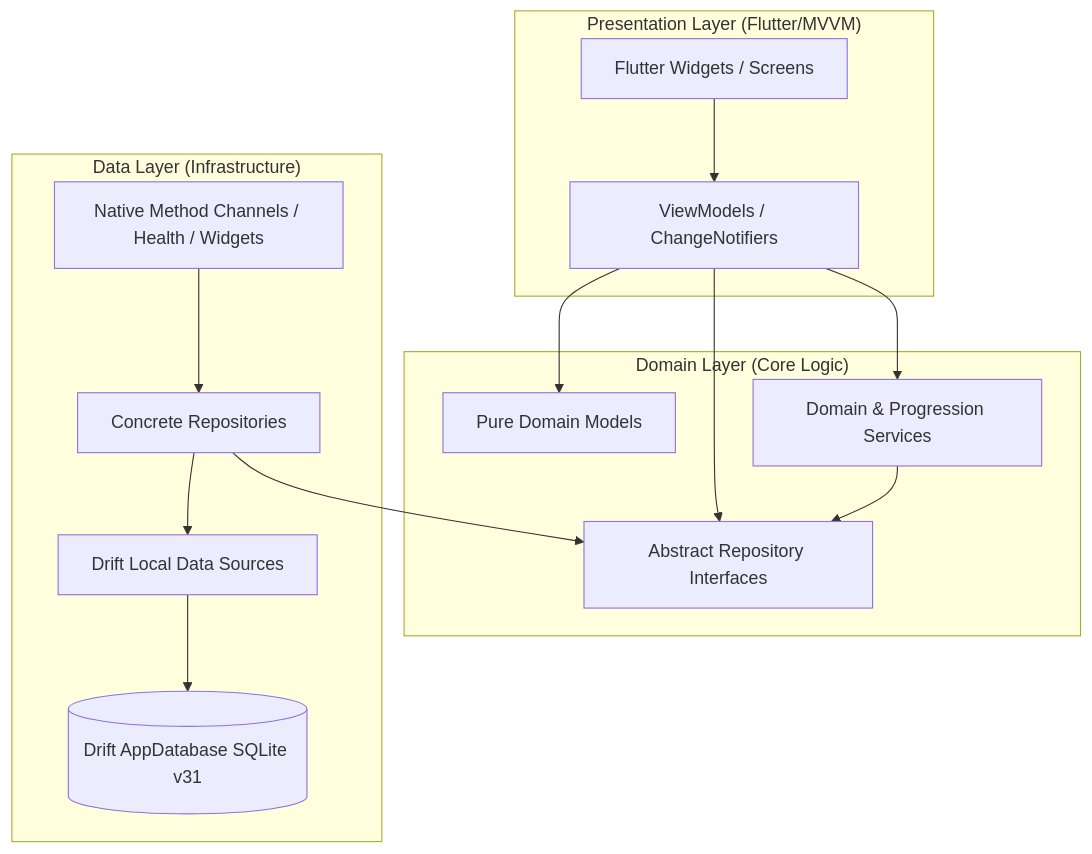
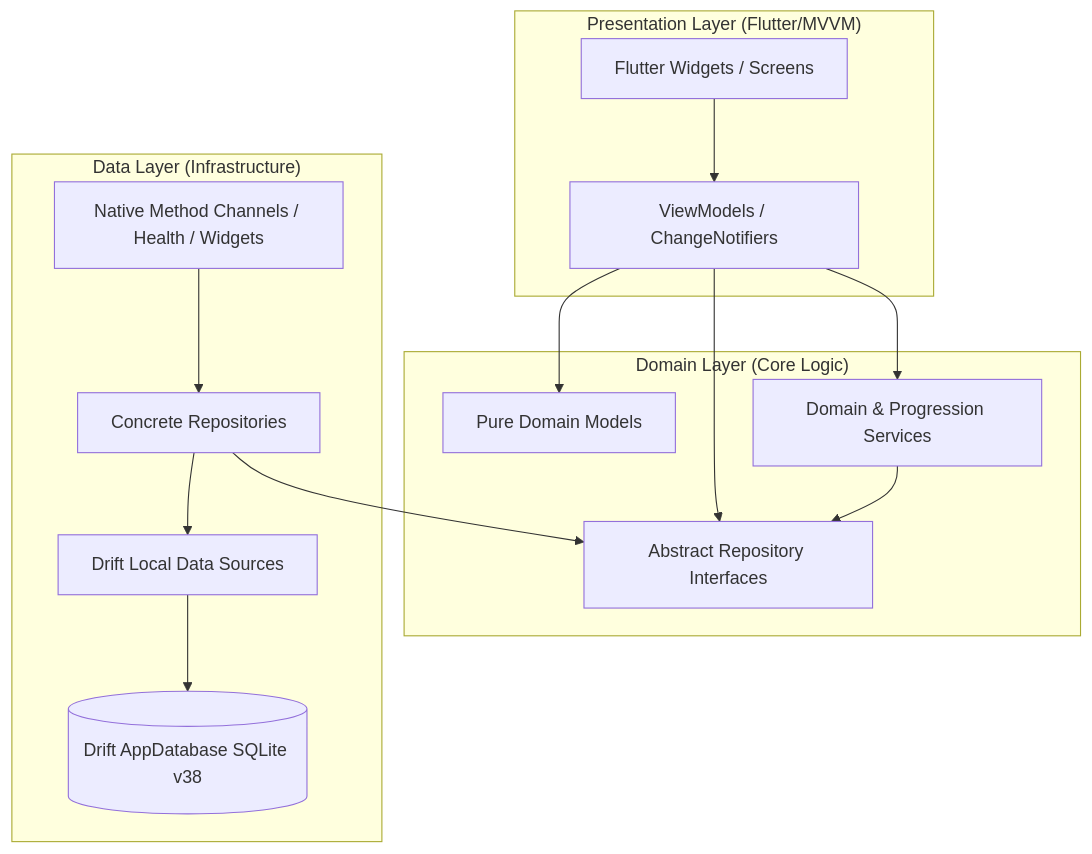
Before and after one commit to rfivesix/train-libre: the diagram in documentation/developer/architecture.md, drawn with Mermaid. The commit also changed other lines of this file and 25 other files, not shown here.

````diff
--- a/documentation/developer/architecture.md
+++ b/documentation/developer/architecture.md
@@ -11,34 +11,34 @@
 ```mermaid
 graph TD
     %% Presentation Layer
     subgraph Presentation ["Presentation Layer (Flutter/MVVM)"]
         UI[Flutter Widgets / Screens]
         VM[ViewModels / ChangeNotifiers]
     end
 
     %% Domain Layer
     subgraph Domain ["Domain Layer (Core Logic)"]
         Models[Pure Domain Models]
         RepoInterfaces[Abstract Repository Interfaces]
         DomainServices[Domain & Progression Services]
     end
 
     %% Data Layer
     subgraph Data ["Data Layer (Infrastructure)"]
         ReposConcrete[Concrete Repositories]
         DataSources[Drift Local Data Sources]
-        SQLite[(Drift AppDatabase SQLite v31)]
+        SQLite[(Drift AppDatabase SQLite v38)]
         PlatformAdapters[Native Method Channels / Health / Widgets]
     end
 
     %% Dependency Direction (flows inward)
     UI --> VM
     VM --> Models
     VM --> RepoInterfaces
     VM --> DomainServices
     DomainServices --> RepoInterfaces
     ReposConcrete --> RepoInterfaces
     ReposConcrete --> DataSources
     DataSources --> SQLite
     PlatformAdapters --> ReposConcrete
 ```
````
